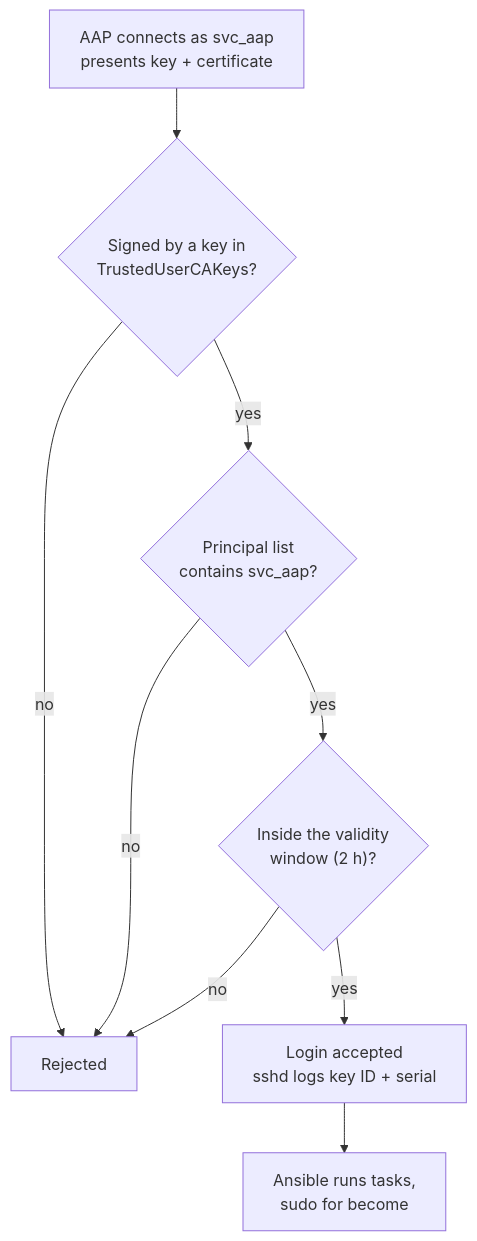
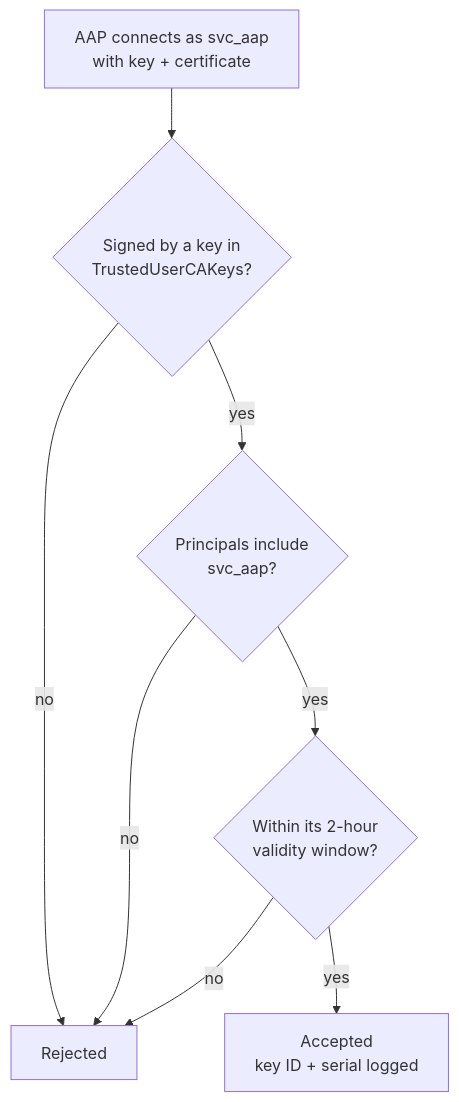
One commit to RamAdhikari/ra-homelab changed the fourth of 5 diagrams in docs/DESIGN.md. Above: the diagram before and after it, drawn with Mermaid. The commit also changed other lines of this file and 12 other files, not shown here.

````diff
--- a/docs/DESIGN.md
+++ b/docs/DESIGN.md
@@ -136,11 +167,10 @@
 ```mermaid
 flowchart TD
-  A["AAP connects as svc_aap<br/>presents key + certificate"] --> B{"Signed by a key in<br/>TrustedUserCAKeys?"}
+  A["AAP connects as svc_aap<br/>with key + certificate"] --> B{"Signed by a key in<br/>TrustedUserCAKeys?"}
   B -- no --> X["Rejected"]
-  B -- yes --> C{"Principal list<br/>contains svc_aap?"}
+  B -- yes --> C{"Principals include<br/>svc_aap?"}
   C -- no --> X
-  C -- yes --> D{"Inside the validity<br/>window (2 h)?"}
+  C -- yes --> D{"Within its 2-hour<br/>validity window?"}
   D -- no --> X
-  D -- yes --> E["Login accepted<br/>sshd logs key ID + serial"]
-  E --> F["Ansible runs tasks,<br/>sudo for become"]
+  D -- yes --> E["Accepted<br/>key ID + serial logged"]
 ```
````
